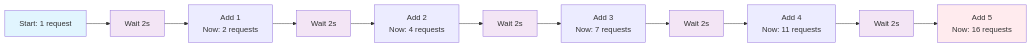
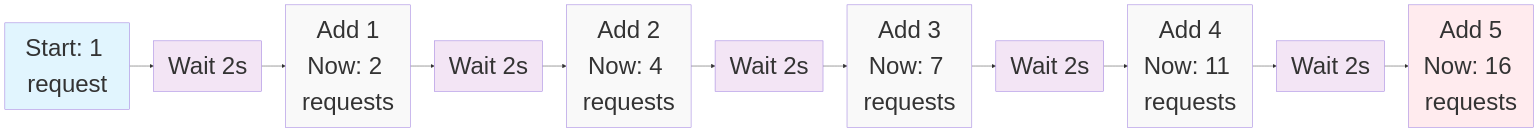
The second of 2 diagrams in docs/configuration_reference.md (Gradual-Load-Testing/gradual), drawn with Mermaid before and after one commit. The commit also changed other lines of this file, not shown here.

Commit message:
Enhance configuration reference diagrams with font size adjustments
- Updated flowchart styles in the configuration reference documentation to include font size specifications for better readability.
- Added new styles for additional nodes in the ramp-up flowcharts to maintain consistency and improve visual clarity.

````diff
--- a/docs/configuration_reference.md
+++ b/docs/configuration_reference.md
@@ -265,12 +269,16 @@
 ```mermaid
 flowchart LR
     A[Start: 1 request] --> B[Wait 2s] --> C[Add 1<br/>Now: 2 requests] --> D[Wait 2s] --> E[Add 2<br/>Now: 4 requests] --> F[Wait 2s] --> G[Add 3<br/>Now: 7 requests] --> H[Wait 2s] --> I[Add 4<br/>Now: 11 requests] --> J[Wait 2s] --> K[Add 5<br/>Now: 16 requests]
     
-    style A fill:#e1f5fe
-    style K fill:#ffebee
-    style B fill:#f3e5f5
-    style D fill:#f3e5f5
-    style F fill:#f3e5f5
-    style H fill:#f3e5f5
-    style J fill:#f3e5f5
+    style A fill:#e1f5fe,font-size:50px
+    style K fill:#ffebee,font-size:50px
+    style B fill:#f3e5f5,font-size:50px
+    style D fill:#f3e5f5,font-size:50px
+    style F fill:#f3e5f5,font-size:50px
+    style H fill:#f3e5f5,font-size:50px
+    style J fill:#f3e5f5,font-size:50px
+    style C fill:#f9f9f9,font-size:50px
+    style E fill:#f9f9f9,font-size:50px
+    style G fill:#f9f9f9,font-size:50px
+    style I fill:#f9f9f9,font-size:50px
 ```
````
